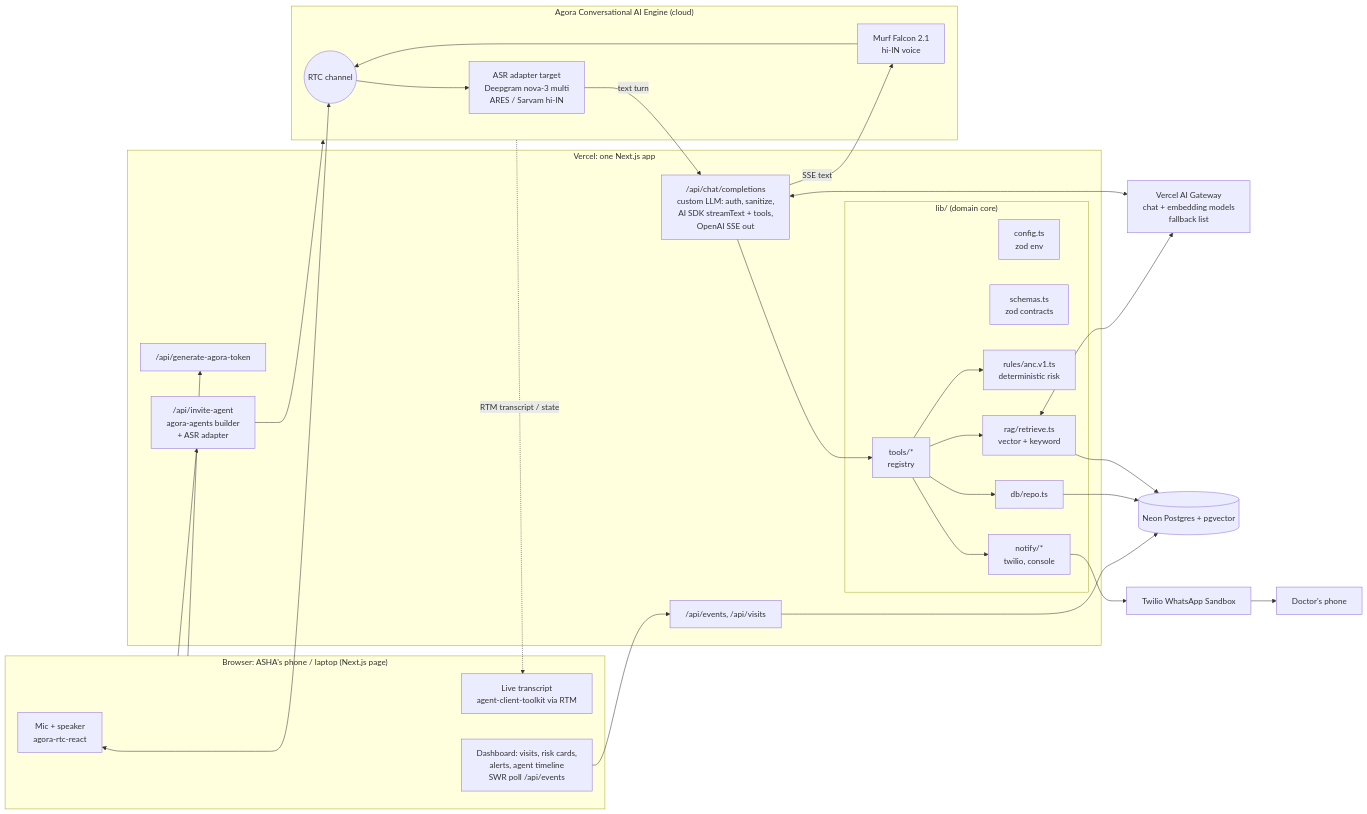
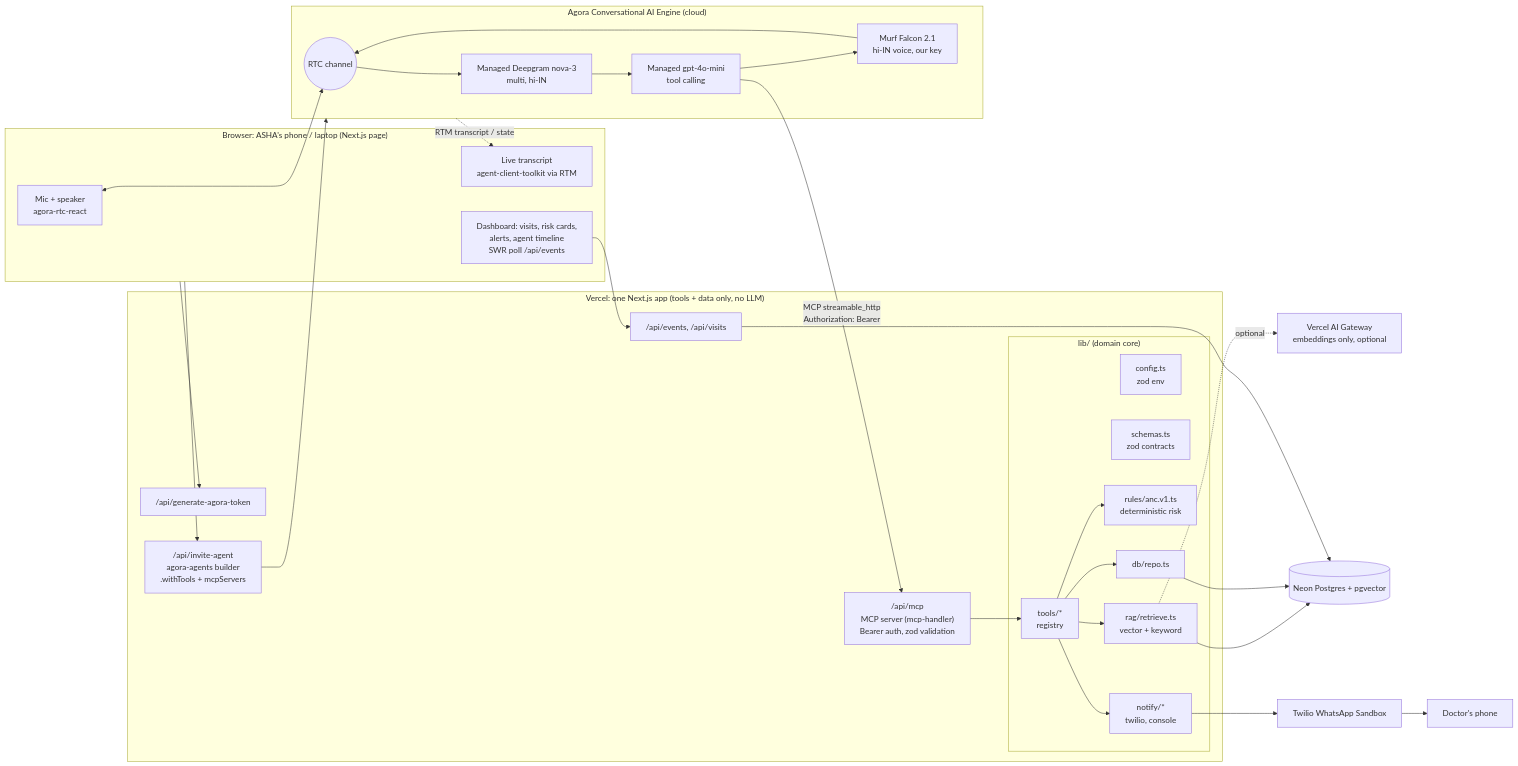
Before and after one commit to imRahul05/asha-saathi: the first of 4 diagrams in ARCHITECTURE.md, drawn with Mermaid. The commit also changed other lines of this file and 2 other files, not shown here.

Commit message:
Docs: switch to Option A (managed LLM + MCP tools), 300 agent-minute budget, rewrite P-04/P-06/P-07

````diff
--- a/ARCHITECTURE.md
+++ b/ARCHITECTURE.md
@@ -68,50 +71,50 @@
 ```mermaid
 flowchart LR
   subgraph B["Browser: ASHA's phone / laptop (Next.js page)"]
     MIC[Mic + speaker<br/>agora-rtc-react]
     TR[Live transcript<br/>agent-client-toolkit via RTM]
     DASH["Dashboard: visits, risk cards,<br/>alerts, agent timeline<br/>SWR poll /api/events"]
   end
 
-  subgraph V["Vercel: one Next.js app"]
+  subgraph V["Vercel: one Next.js app (tools + data only, no LLM)"]
     TOK["/api/generate-agora-token"]
-    INV["/api/invite-agent<br/>agora-agents builder<br/>+ ASR adapter"]
-    LLM["/api/chat/completions<br/>custom LLM: auth, sanitize,<br/>AI SDK streamText + tools,<br/>OpenAI SSE out"]
+    INV["/api/invite-agent<br/>agora-agents builder<br/>.withTools + mcpServers"]
+    MCP["/api/mcp<br/>MCP server (mcp-handler)<br/>Bearer auth, zod validation"]
     EVT["/api/events, /api/visits"]
     subgraph CORE["lib/ (domain core)"]
       CFG[config.ts<br/>zod env]
       SCH[schemas.ts<br/>zod contracts]
       TOOLS["tools/*<br/>registry"]
       RULES[rules/anc.v1.ts<br/>deterministic risk]
       RAG[rag/retrieve.ts<br/>vector + keyword]
       NOTIF["notify/*<br/>twilio, console"]
       REPO[db/repo.ts]
     end
   end
 
   subgraph A["Agora Conversational AI Engine (cloud)"]
     RTC((RTC channel))
-    ASR[ASR adapter target<br/>Deepgram nova-3 multi<br/>ARES / Sarvam hi-IN]
-    TTS[Murf Falcon 2.1<br/>hi-IN voice]
+    ASR[Managed Deepgram nova-3<br/>multi, hi-IN]
+    LLM[Managed gpt-4o-mini<br/>tool calling]
+    TTS[Murf Falcon 2.1<br/>hi-IN voice, our key]
   end
 
-  GW[Vercel AI Gateway<br/>chat + embedding models<br/>fallback list]
+  GW[Vercel AI Gateway<br/>embeddings only, optional]
   DB[(Neon Postgres + pgvector)]
   WA[Twilio WhatsApp Sandbox]
   DOC[Doctor's phone]
 
   MIC <--> RTC
   B --> TOK
   B --> INV --> A
-  RTC --> ASR -->|text turn| LLM
-  LLM -->|SSE text| TTS --> RTC
+  RTC --> ASR --> LLM --> TTS --> RTC
+  LLM -->|"MCP streamable_http<br/>Authorization: Bearer"| MCP
   A -. RTM transcript / state .-> TR
-  LLM --> TOOLS
+  MCP --> TOOLS
   TOOLS --> RULES
   TOOLS --> RAG --> DB
   TOOLS --> REPO --> DB
   TOOLS --> NOTIF --> WA --> DOC
-  LLM <--> GW
-  RAG <--> GW
+  RAG -. optional .-> GW
   DASH --> EVT --> DB
 ```
````
